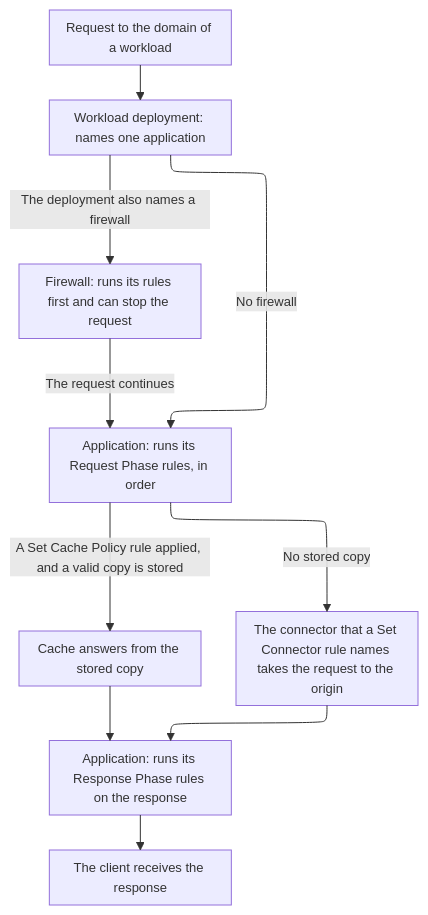
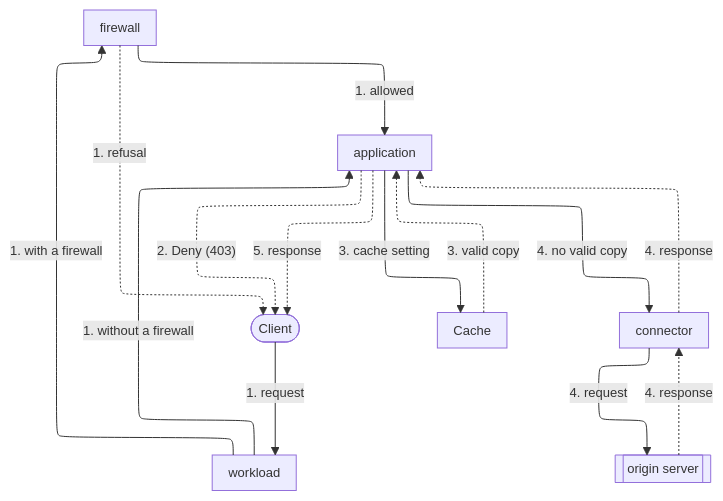
Before and after one commit to aziontech/docs: the diagram in apps/docs/src/content/docs/en/pages/main-menu/reference/build/edge-application/edge-application.mdx, drawn with Mermaid. The commit also changed other lines of this file and 3 other files, not shown here.

First line of the commit message:
docs(applications): rewrite the Overview and How it works, and redraw their diagrams

````diff
--- a/apps/docs/src/content/docs/en/pages/main-menu/reference/build/edge-application/edge-application.mdx
+++ b/apps/docs/src/content/docs/en/pages/main-menu/reference/build/edge-application/edge-application.mdx
@@ -65,13 +69,24 @@
 ```mermaid
-%%{init: {"layout": "elk", "themeVariables": {"fontSize": "13px"}, "flowchart": {"nodeSpacing": 24, "rankSpacing": 36, "padding": 8, "wrappingWidth": 150, "useMaxWidth": true}, "sequence": {"width": 120, "actorMargin": 30, "useMaxWidth": true}}}%%
+%%{init: {"layout": "elk", "elk": {"cycleBreakingStrategy": "MODEL_ORDER"}, "themeVariables": {"fontSize": "13px"}, "flowchart": {"nodeSpacing": 24, "rankSpacing": 36, "padding": 8, "wrappingWidth": 150, "useMaxWidth": true}, "sequence": {"width": 120, "actorMargin": 30, "useMaxWidth": true}}}%%
 flowchart TD
-  Q["Request to the domain of a workload"] --> D["Workload deployment: names one application"]
-  D -->|"The deployment also names a firewall"| FW["Firewall: runs its rules first and can stop the request"]
-  D -->|"No firewall"| R["Application: runs its Request Phase rules, in order"]
-  FW -->|"The request continues"| R
-  R -->|"A Set Cache Policy rule applied, and a valid copy is stored"| C["Cache answers from the stored copy"]
-  R -->|"No stored copy"| O["The connector that a Set Connector rule names takes the request to the origin"]
-  C --> P["Application: runs its Response Phase rules on the response"]
-  O --> P
-  P --> A["The client receives the response"]
+  Client(["Client"])
+  WL["workload"]
+  FW["firewall"]
+  App["application"]
+  Cache["Cache"]
+  Conn["connector"]
+  Origin[["origin server"]]
+  Client -->|"1. request"| WL
+  WL -->|"1. with a firewall"| FW
+  WL -->|"1. without a firewall"| App
+  FW -->|"1. allowed"| App
+  FW -.->|"1. refusal"| Client
+  App -.->|"2. Deny (403)"| Client
+  App -->|"3. cache setting"| Cache
+  Cache -.->|"3. valid copy"| App
+  App -->|"4. no valid copy"| Conn
+  Conn -->|"4. request"| Origin
+  Origin -.->|"4. response"| Conn
+  Conn -.->|"4. response"| App
+  App -.->|"5. response"| Client
 ```
````
